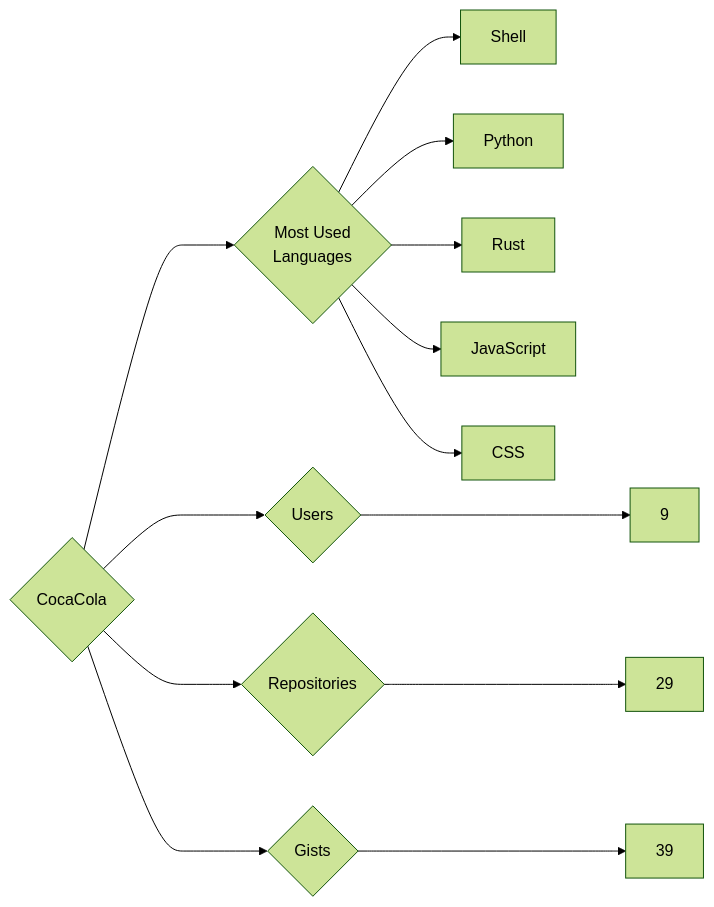
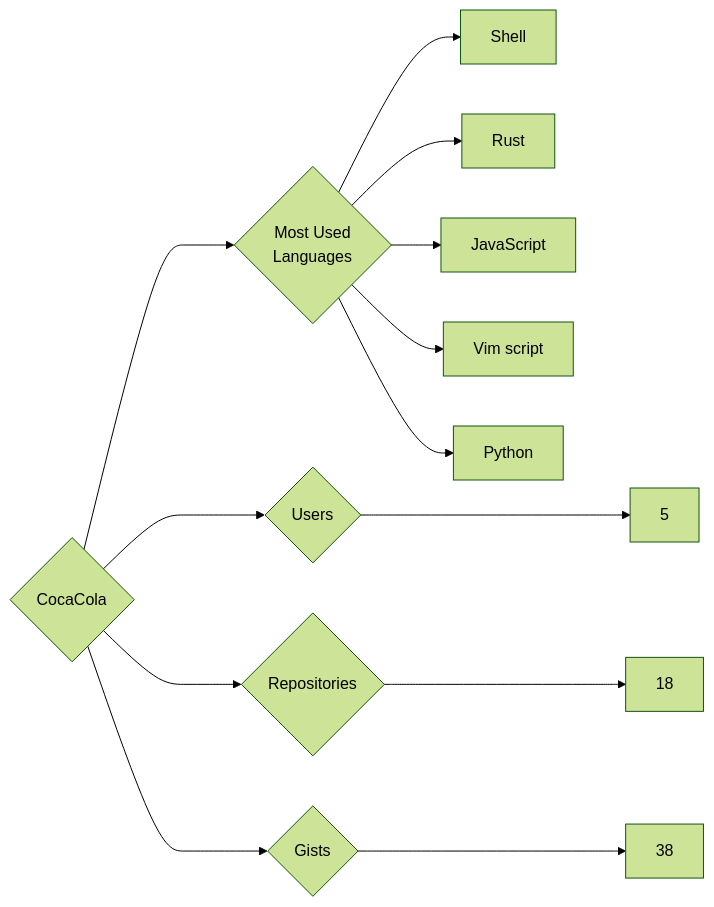
The diagram in targets/CocaCola/README.md (trickest/insiders), drawn with Mermaid (forest theme) before and after one commit. The commit also changed 845 other files, not shown here.

````diff
--- a/targets/CocaCola/README.md
+++ b/targets/CocaCola/README.md
@@ -3,13 +3,13 @@
 ```mermaid
 graph LR
 COMPANY_NAME{CocaCola}
-COMPANY_NAME ---> U{Users} ---> UN[9]
-COMPANY_NAME ---> R{Repositories} ---> RN[29]
-COMPANY_NAME ---> G{Gists} ---> GN[39]
+COMPANY_NAME ---> U{Users} ---> UN[5]
+COMPANY_NAME ---> R{Repositories} ---> RN[18]
+COMPANY_NAME ---> G{Gists} ---> GN[38]
 COMPANY_NAME ---> ML{Most Used<br>Languages}
 ML --> Shell[Shell]
-ML --> Python[Python]
 ML --> Rust[Rust]
 ML --> JavaScript[JavaScript]
-ML --> CSS[CSS]
+ML --> Vim_script[Vim script]
+ML --> Python[Python]
 ```
````
